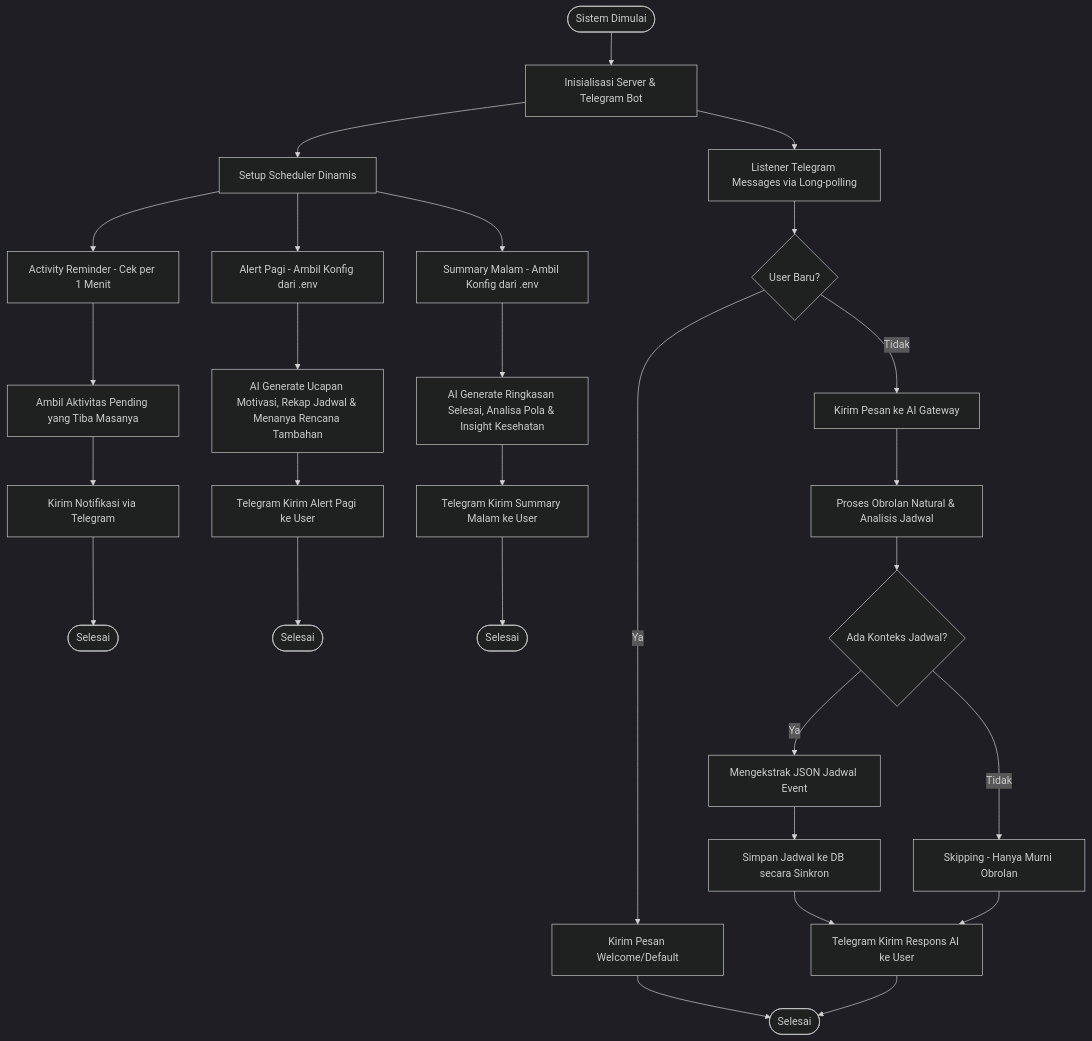
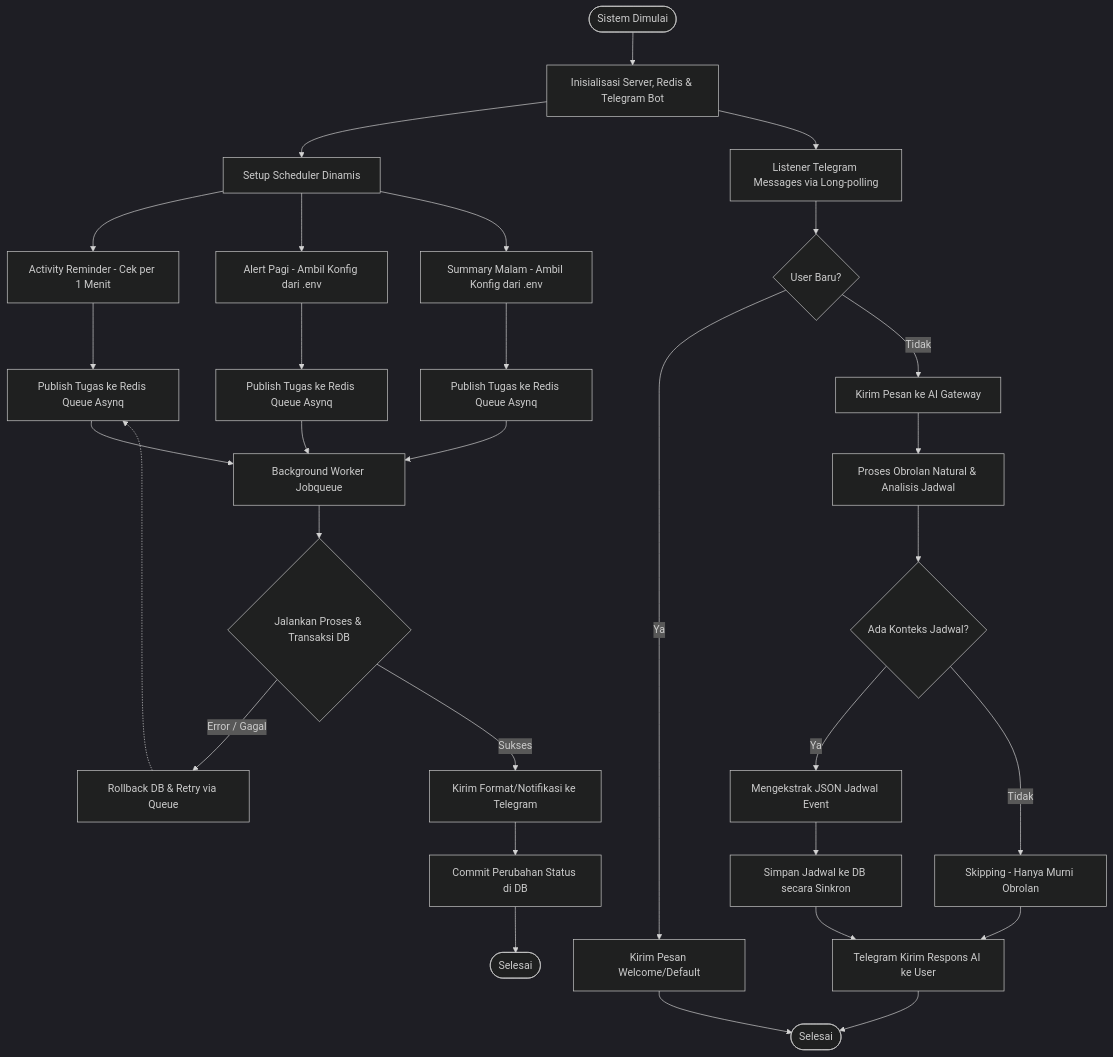
Before and after one commit to RhmnDev14/smart_alert_system: the first of 6 diagrams in FLOWCHART.md, drawn with Mermaid (dark theme). The commit also changed 27 other files, not shown here.

Commit message:
chore: setup redis message queue background worker for scheduler & database transaction rollback for failure handling mechanism

````diff
--- a/FLOWCHART.md
+++ b/FLOWCHART.md
@@ -5,40 +5,45 @@
 ```mermaid
 flowchart TD
-    Start([Sistem Dimulai]) --> Init[Inisialisasi Server & Telegram Bot]
+    Start([Sistem Dimulai]) --> Init[Inisialisasi Server, Redis & Telegram Bot]
     Init --> Scheduler[Setup Scheduler Dinamis]
 
     Scheduler --> RealtimeReminder[Activity Reminder - Cek per 1 Menit]
     Scheduler --> MorningAlert[Alert Pagi - Ambil Konfig dari .env]
     Scheduler --> EveningSummary[Summary Malam - Ambil Konfig dari .env]
+
+    RealtimeReminder --> PushQueue1[Publish Tugas ke Redis Queue Asynq]
+    MorningAlert --> PushQueue2[Publish Tugas ke Redis Queue Asynq]
+    EveningSummary --> PushQueue3[Publish Tugas ke Redis Queue Asynq]
+
+    PushQueue1 --> AsynqWorker[Background Worker Jobqueue]
+    PushQueue2 --> AsynqWorker
+    PushQueue3 --> AsynqWorker
+
+    AsynqWorker --> ProcessJobs{Jalankan Proses & Transaksi DB}
+
+    ProcessJobs -->|Error / Gagal| RetryLogic[Rollback DB & Retry via Queue]
+    ProcessJobs -->|Sukses| SendCronMsg[Kirim Format/Notifikasi ke Telegram]
+
+    SendCronMsg --> CommitDB[Commit Perubahan Status di DB]
+    CommitDB --> EndJob([Selesai])
+    RetryLogic -.-> PushQueue1
 
     Init --> TelegramListener[Listener Telegram Messages via Long-polling]
 
     TelegramListener --> CheckUser{User Baru?}
     CheckUser -->|Ya| SendWelcome[Kirim Pesan Welcome/Default]
     CheckUser -->|Tidak| AIGateway[Kirim Pesan ke AI Gateway]
 
     SendWelcome --> EndMsg([Selesai])
 
     AIGateway --> ProcessMsg[Proses Obrolan Natural & Analisis Jadwal]
     ProcessMsg --> CheckSchedule{Ada Konteks Jadwal?}
 
     CheckSchedule -->|Ya| ExtractData[Mengekstrak JSON Jadwal Event]
     CheckSchedule -->|Tidak| SkipExtract[Skipping - Hanya Murni Obrolan]
 
     ExtractData --> InsertDB[Simpan Jadwal ke DB secara Sinkron]
     InsertDB --> SendAIResponse[Telegram Kirim Respons AI ke User]
     SkipExtract --> SendAIResponse
     SendAIResponse --> EndMsg
-
-    MorningAlert --> ProcessMorning[AI Generate Ucapan Motivasi, Rekap Jadwal & Menanya Rencana Tambahan]
-    ProcessMorning --> SendMorningAlert[Telegram Kirim Alert Pagi ke User]
-    SendMorningAlert --> EndAlert([Selesai])
-
-    EveningSummary --> ProcessEvening[AI Generate Ringkasan Selesai, Analisa Pola & Insight Kesehatan]
-    ProcessEvening --> SendEveningSummary[Telegram Kirim Summary Malam ke User]
-    SendEveningSummary --> EndSummary([Selesai])
-
-    RealtimeReminder --> FetchPending[Ambil Aktivitas Pending yang Tiba Masanya]
-    FetchPending --> SendReminder[Kirim Notifikasi via Telegram]
-    SendReminder --> EndReminder([Selesai])
 ```
````
